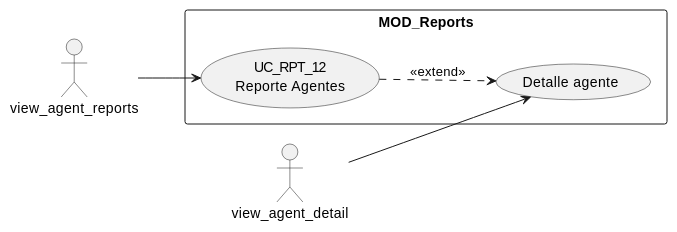
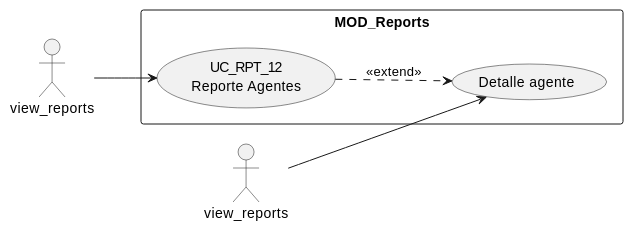
One commit to jcg-admin/IACT-docs changed the first of 4 diagrams in source/requisitos/casos-uso/reports/uc-rpt-12/diagramas-uml.rst. Above: the diagram before and after it, drawn with PlantUML. The commit also changed other lines of this file and 157 other files, not shown here.

First line of the commit message:
Enforce catalog function names across all diagrams

```diff
--- a/source/requisitos/casos-uso/reports/uc-rpt-12/diagramas-uml.rst
+++ b/source/requisitos/casos-uso/reports/uc-rpt-12/diagramas-uml.rst
@@ -10,14 +10,14 @@
 .. uml::
 
  @startuml
  left to right direction
- actor "view_agent_reports" as USR
- actor "view_agent_detail" as USRD
+ actor "view_reports" as USR
+ actor "view_reports" as USRD
  rectangle "MOD_Reports" {
    usecase "UC_RPT_12\nReporte Agentes" as UC12
    usecase "Detalle agente" as DET
  }
  USR --> UC12
  USRD --> DET
  UC12 ..> DET : <<extend>>
  @enduml
```
